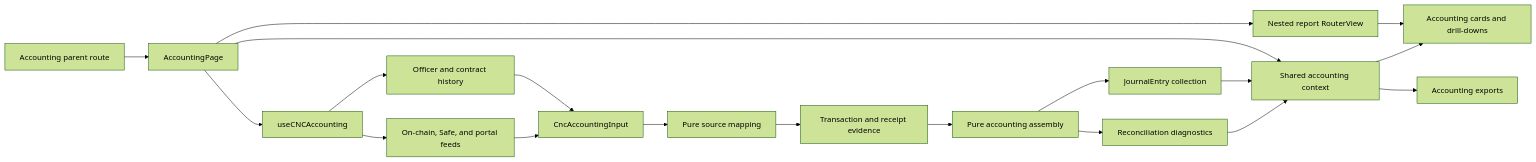
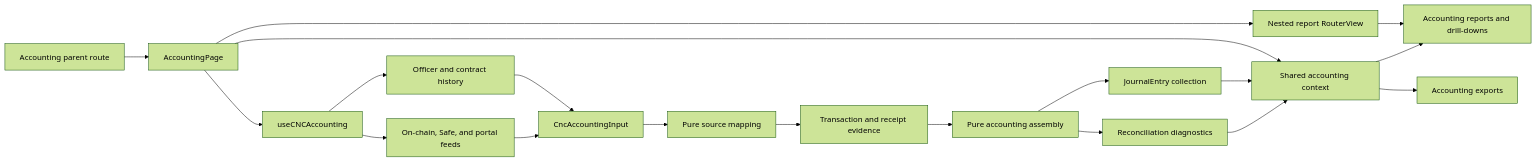
Before and after one commit to globe-and-citizen/cnc-portal: the first of 5 diagrams in docs/implementation/accounting-read-model/README.md, drawn with Mermaid (forest theme). The commit also changed other lines of this file and 2 other files, not shown here.

Commit message:
docs: 📝 align accounting report ownership

````diff
--- a/docs/implementation/accounting-read-model/README.md
+++ b/docs/implementation/accounting-read-model/README.md
@@ -18,21 +18,21 @@
 ```mermaid
 flowchart LR
     route[Accounting parent route] --> page[AccountingPage]
     page --> context[Shared accounting context]
     page --> dataLayer[useCNCAccounting]
     page --> outlet[Nested report RouterView]
     dataLayer --> history[Officer and contract history]
     dataLayer --> feeds[On-chain, Safe, and portal feeds]
     history --> input[CncAccountingInput]
     feeds --> input
     input --> mapped[Pure source mapping]
     mapped --> evidence[Transaction and receipt evidence]
     evidence --> assembly[Pure accounting assembly]
     assembly --> journal[JournalEntry collection]
     assembly --> diagnostics[Reconciliation diagnostics]
     journal --> context
     diagnostics --> context
-    outlet --> cards[Accounting cards and drill-downs]
-    context --> cards
+    outlet --> reports[Accounting reports and drill-downs]
+    context --> reports
     context --> exports[Accounting exports]
 ```
````
